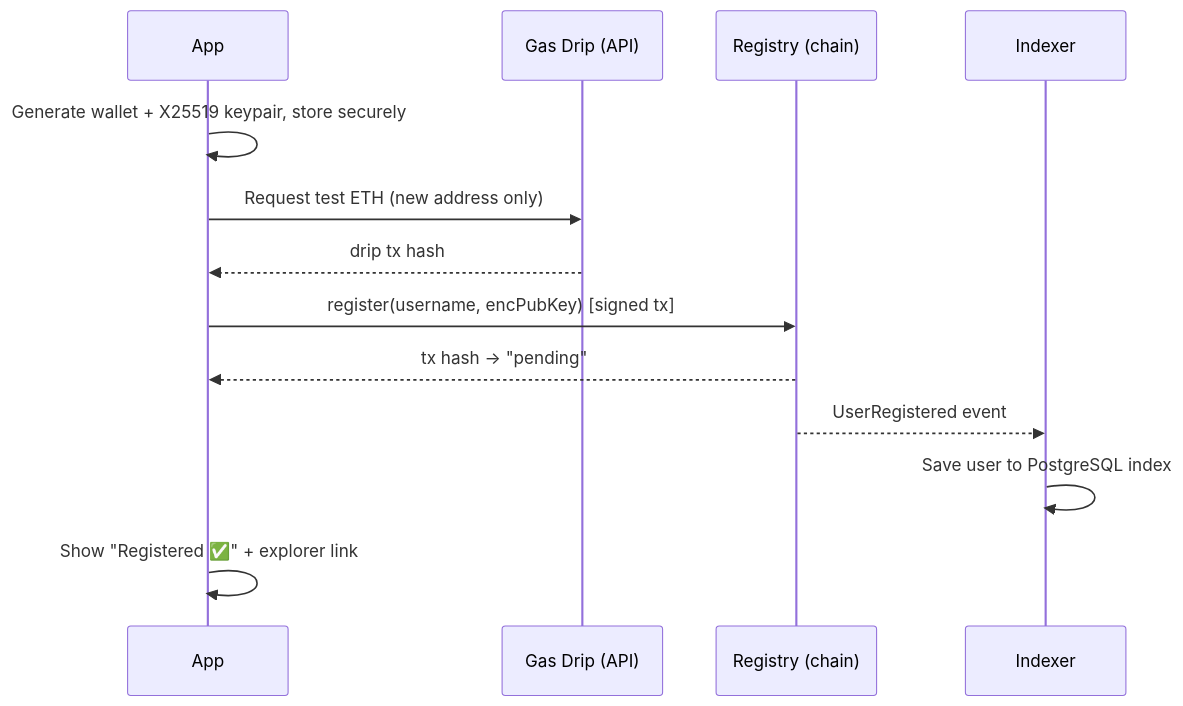
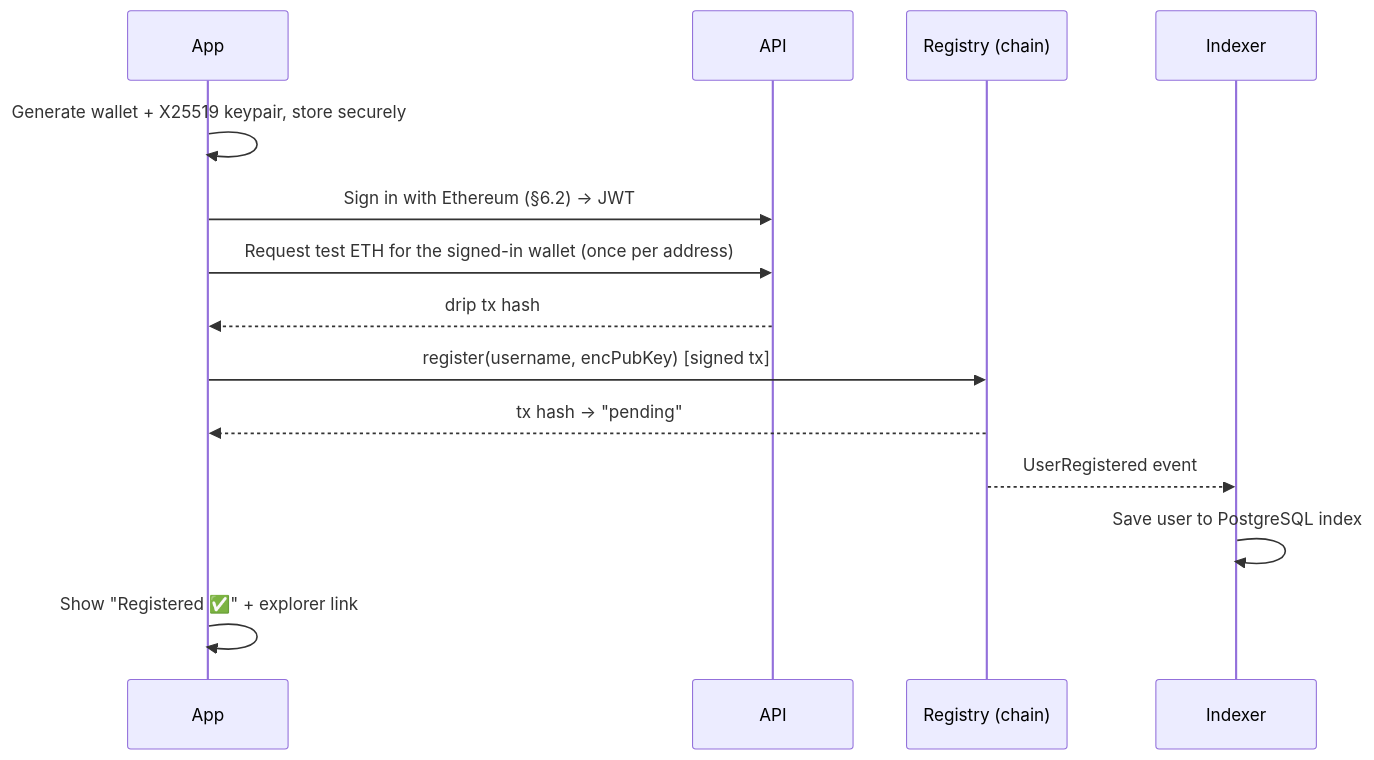
One commit to vedatcinbatexe/chain-chat changed the second of 4 diagrams in ChainChat-SDD.md. Above: the diagram before and after it, drawn with Mermaid. The commit also changed other lines of this file and 48 other files, not shown here.

Commit message:
feat: add wallet sign-in and on-chain onboarding

````diff
--- a/ChainChat-SDD.md
+++ b/ChainChat-SDD.md
@@ -266,15 +266,16 @@
 ```mermaid
 sequenceDiagram
     participant U as App
-    participant D as Gas Drip (API)
+    participant A as API
     participant C as Registry (chain)
     participant I as Indexer
     U->>U: Generate wallet + X25519 keypair, store securely
-    U->>D: Request test ETH (new address only)
-    D-->>U: drip tx hash
+    U->>A: Sign in with Ethereum (§6.2) → JWT
+    U->>A: Request test ETH for the signed-in wallet (once per address)
+    A-->>U: drip tx hash
     U->>C: register(username, encPubKey) [signed tx]
     C-->>U: tx hash → "pending"
     C-->>I: UserRegistered event
     I->>I: Save user to PostgreSQL index
     U->>U: Show "Registered ✅" + explorer link
 ```
````
